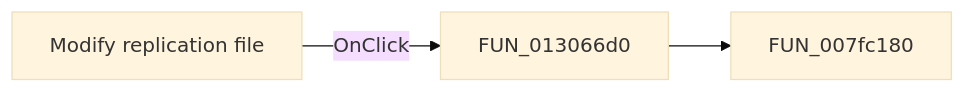
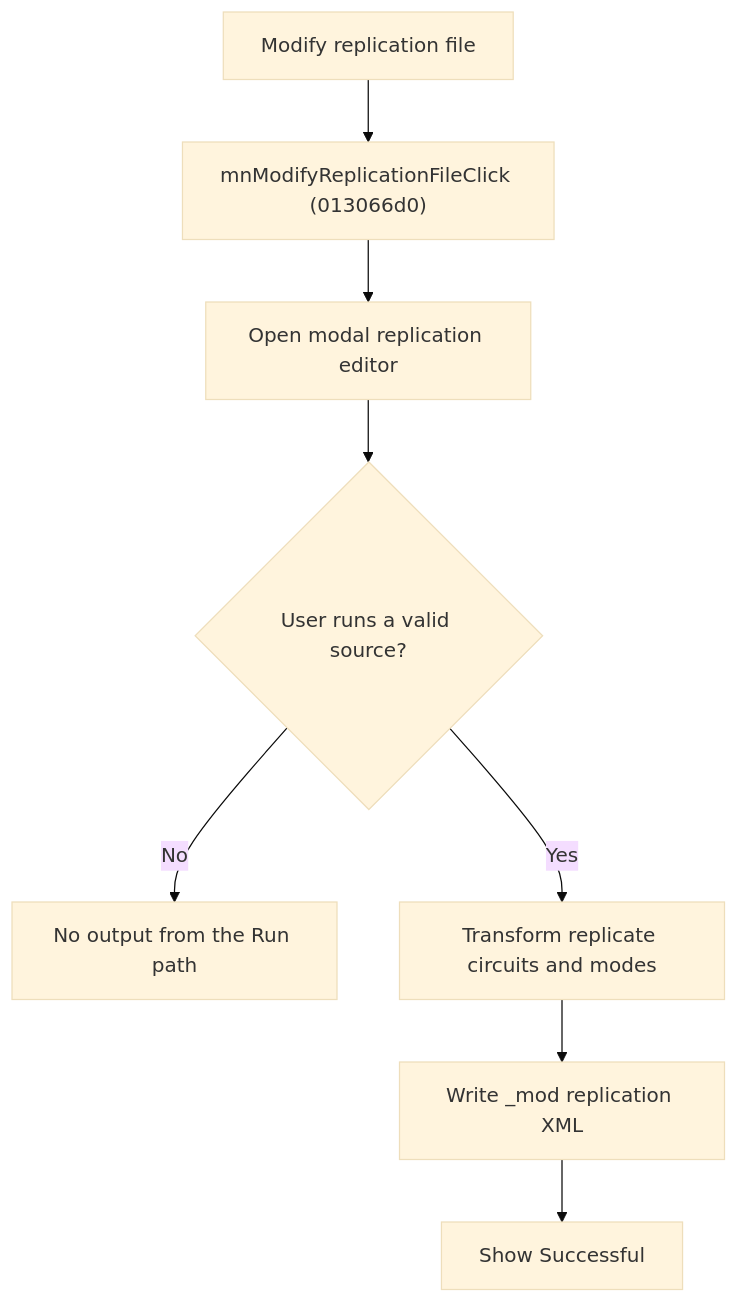
Before and after one commit to MovGP0/TIARA: the diagram in docs/ui-controls/frmmodeltestbencheditor/mnmodifyreplicationfile-ce2158e3f0.md, drawn with Mermaid (base theme). The commit also changed other lines of this file and 387 other files, not shown here.

````diff
--- a/docs/ui-controls/frmmodeltestbencheditor/mnmodifyreplicationfile-ce2158e3f0.md
+++ b/docs/ui-controls/frmmodeltestbencheditor/mnmodifyreplicationfile-ce2158e3f0.md
@@ -27,5 +29,10 @@
 ```mermaid
-flowchart LR
-    control["Modify replication file"] -->|OnClick| handler["FUN_013066d0"]
-    handler --> call1["FUN_007fc180"]
+flowchart TD
+    control["Modify replication file"] --> handler["mnModifyReplicationFileClick (013066d0)"]
+    handler --> dialog["Open modal replication editor"]
+    dialog --> run{"User runs a valid source?"}
+    run -->|No| stop["No output from the Run path"]
+    run -->|Yes| transform["Transform replicate circuits and modes"]
+    transform --> write["Write _mod replication XML"]
+    write --> success["Show Successful"]
 ```
````
